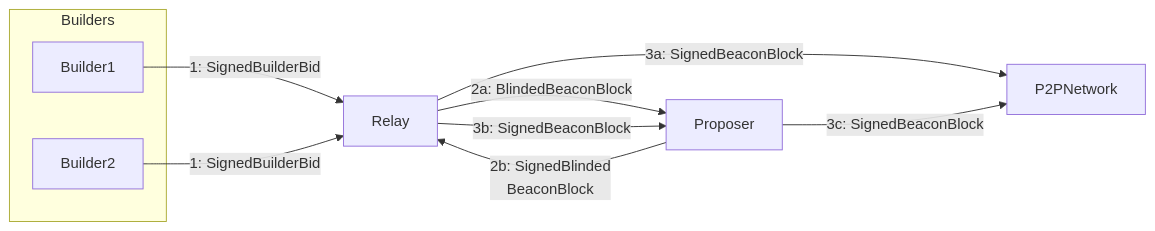
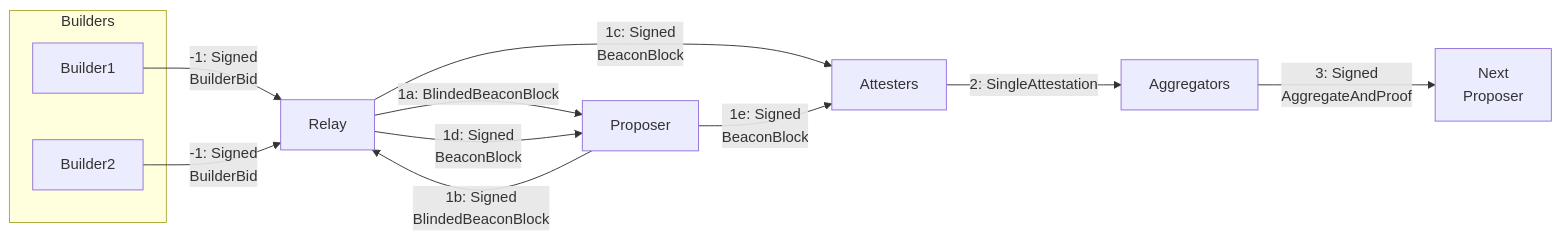
One commit to banr1/hackmd-writings changed the first of 2 diagrams in epbs-and-delayed-execution.md. Above: the diagram before and after it, drawn with Mermaid. The commit also changed other lines of this file, not shown here.

````diff
--- a/epbs-and-delayed-execution.md
+++ b/epbs-and-delayed-execution.md
@@ -4,20 +7,39 @@
 ```mermaid
 graph LR
-	subgraph B[Builders]
-		B1[Builder1]
-		B2[Builder2]
-	end
-	R[Relay]
-	P[Proposer]
-	N[P2PNetwork]
-  B1 -->|1: SignedBuilderBid| R
-  B2 -->|1: SignedBuilderBid| R
-  R -->|2a: BlindedBeaconBlock| P
-  P -->|"`
-  2b: SignedBlinded
-  BeaconBlock
-  `"| R
-  R -->|3a: SignedBeaconBlock| N
-  R -->|3b: SignedBeaconBlock| P
-  P -->|3c: SignedBeaconBlock| N
+subgraph B[Builders]
+    B1[Builder1]
+    B2[Builder2]
+end
+R[Relay]
+P[Proposer]
+AT[Attesters]
+AG[Aggregators]
+NP["`Next
+Proposer`"]
+
+%% Interval -1 — Builder bidding (auction)
+B1 -->|"`-1: Signed
+BuilderBid`"| R
+B2 -->|"`-1: Signed
+BuilderBid`"| R
+
+%% Interval 1 — Block proposal
+R -->|1a: BlindedBeaconBlock| P
+P -->|"`
+1b: Signed
+BlindedBeaconBlock
+`"| R
+R -->|"`1c: Signed
+BeaconBlock`"| AT
+R -->|"`1d: Signed
+BeaconBlock`"| P
+P -->|"`1e: Signed
+BeaconBlock`"| AT
+
+%% Interval 2 — Attestations
+AT -->|"2: SingleAttestation"| AG
+
+%% Interval 3 — Aggregation
+AG -->|"`3: Signed
+AggregateAndProof`"| NP
 ```
````
